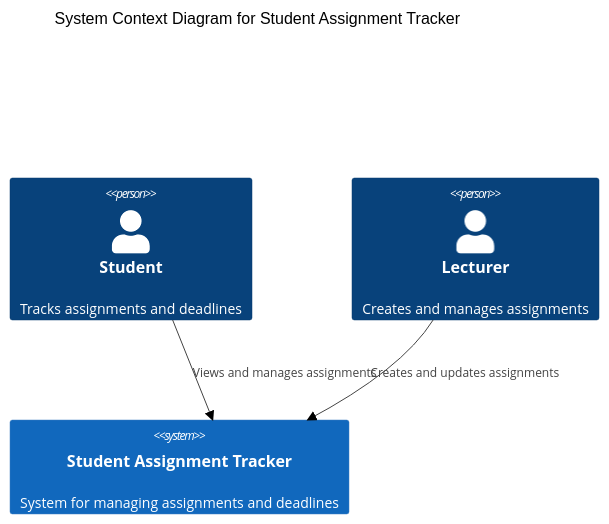
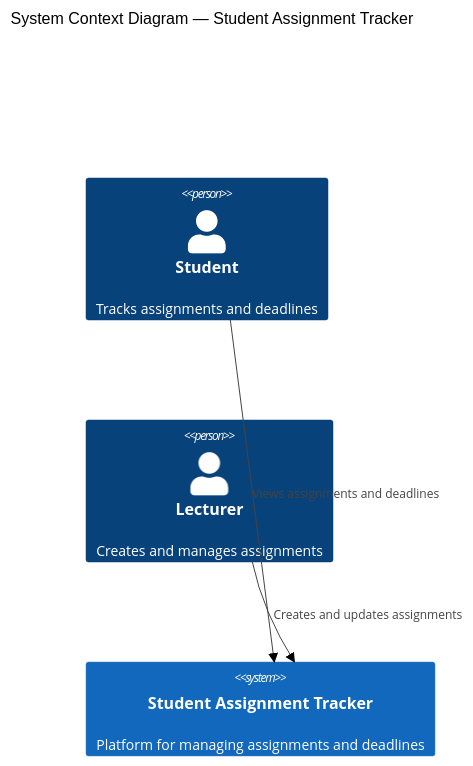
The first of 2 diagrams in ARCHITECTURE.md (219181527/student-assignment-tracker), drawn with Mermaid (neutral theme) before and after one commit. The commit also changed other lines of this file, not shown here.

Commit message:
Improve C4 diagram layout for readability

````diff
--- a/ARCHITECTURE.md
+++ b/ARCHITECTURE.md
@@ -37,12 +37,14 @@
 ```mermaid
 C4Context
-title System Context Diagram for Student Assignment Tracker
+title System Context Diagram — Student Assignment Tracker
 
 Person(student, "Student", "Tracks assignments and deadlines")
 Person(lecturer, "Lecturer", "Creates and manages assignments")
 
-System(system, "Student Assignment Tracker", "System for managing assignments and deadlines")
+System(system, "Student Assignment Tracker", "Platform for managing assignments and deadlines")
 
-Rel(student, system, "Views and manages assignments")
+Rel(student, system, "Views assignments and deadlines")
 Rel(lecturer, system, "Creates and updates assignments")
+
+UpdateLayoutConfig($c4ShapeInRow="1", $c4BoundaryInRow="1")
 ```
````
